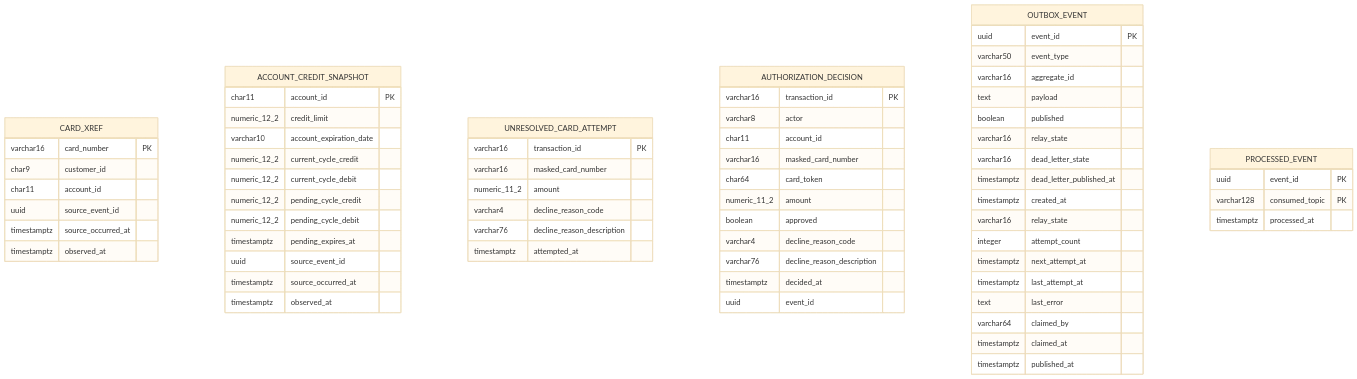
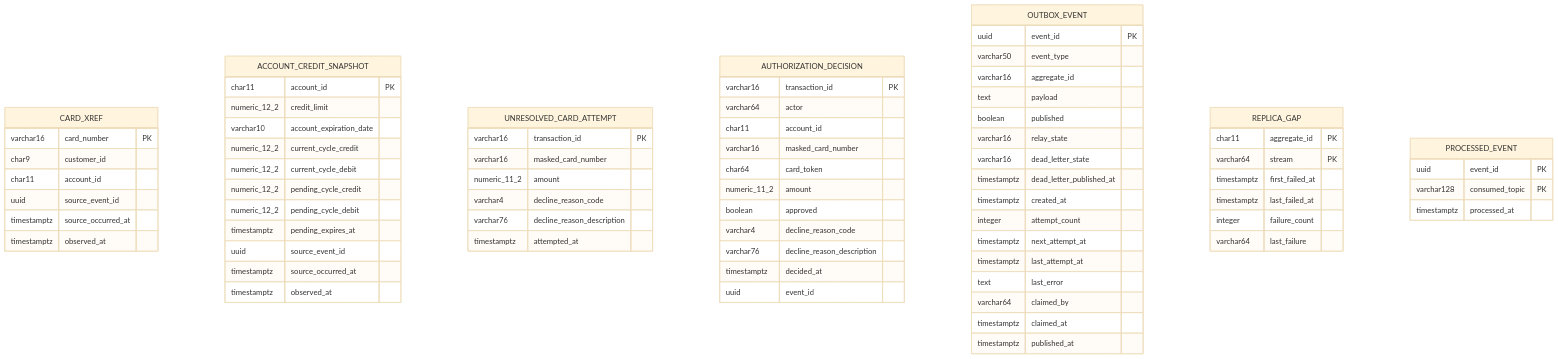
One commit to blitzy-public-samples/aws-carddemo-blitzy changed the first of 6 diagrams in card-platform/docs/data-model.md. Above: the diagram before and after it, drawn with Mermaid (base theme). The commit also changed other lines of this file and 496 other files, not shown here.

````diff
--- a/card-platform/docs/data-model.md
+++ b/card-platform/docs/data-model.md
@@ -35,69 +35,76 @@
 ```mermaid
 erDiagram
     CARD_XREF {
         varchar16 card_number PK
         char9 customer_id
         char11 account_id
         uuid source_event_id
         timestamptz source_occurred_at
         timestamptz observed_at
     }
     ACCOUNT_CREDIT_SNAPSHOT {
         char11 account_id PK
         numeric_12_2 credit_limit
         varchar10 account_expiration_date
         numeric_12_2 current_cycle_credit
         numeric_12_2 current_cycle_debit
         numeric_12_2 pending_cycle_credit
         numeric_12_2 pending_cycle_debit
         timestamptz pending_expires_at
         uuid source_event_id
         timestamptz source_occurred_at
         timestamptz observed_at
     }
     UNRESOLVED_CARD_ATTEMPT {
         varchar16 transaction_id PK
         varchar16 masked_card_number
         numeric_11_2 amount
         varchar4 decline_reason_code
         varchar76 decline_reason_description
         timestamptz attempted_at
     }
     AUTHORIZATION_DECISION {
         varchar16 transaction_id PK
-        varchar8 actor
+        varchar64 actor
         char11 account_id
         varchar16 masked_card_number
         char64 card_token
         numeric_11_2 amount
         boolean approved
         varchar4 decline_reason_code
         varchar76 decline_reason_description
         timestamptz decided_at
         uuid event_id
     }
     OUTBOX_EVENT {
         uuid event_id PK
         varchar50 event_type
         varchar16 aggregate_id
         text payload
         boolean published
         varchar16 relay_state
         varchar16 dead_letter_state
         timestamptz dead_letter_published_at
         timestamptz created_at
-        varchar16 relay_state
         integer attempt_count
         timestamptz next_attempt_at
         timestamptz last_attempt_at
         text last_error
         varchar64 claimed_by
         timestamptz claimed_at
         timestamptz published_at
     }
+    REPLICA_GAP {
+        char11 aggregate_id PK
+        varchar64 stream PK
+        timestamptz first_failed_at
+        timestamptz last_failed_at
+        integer failure_count
+        varchar64 last_failure
+    }
     PROCESSED_EVENT {
         uuid event_id PK
         varchar128 consumed_topic PK
         timestamptz processed_at
     }
 ```
````
